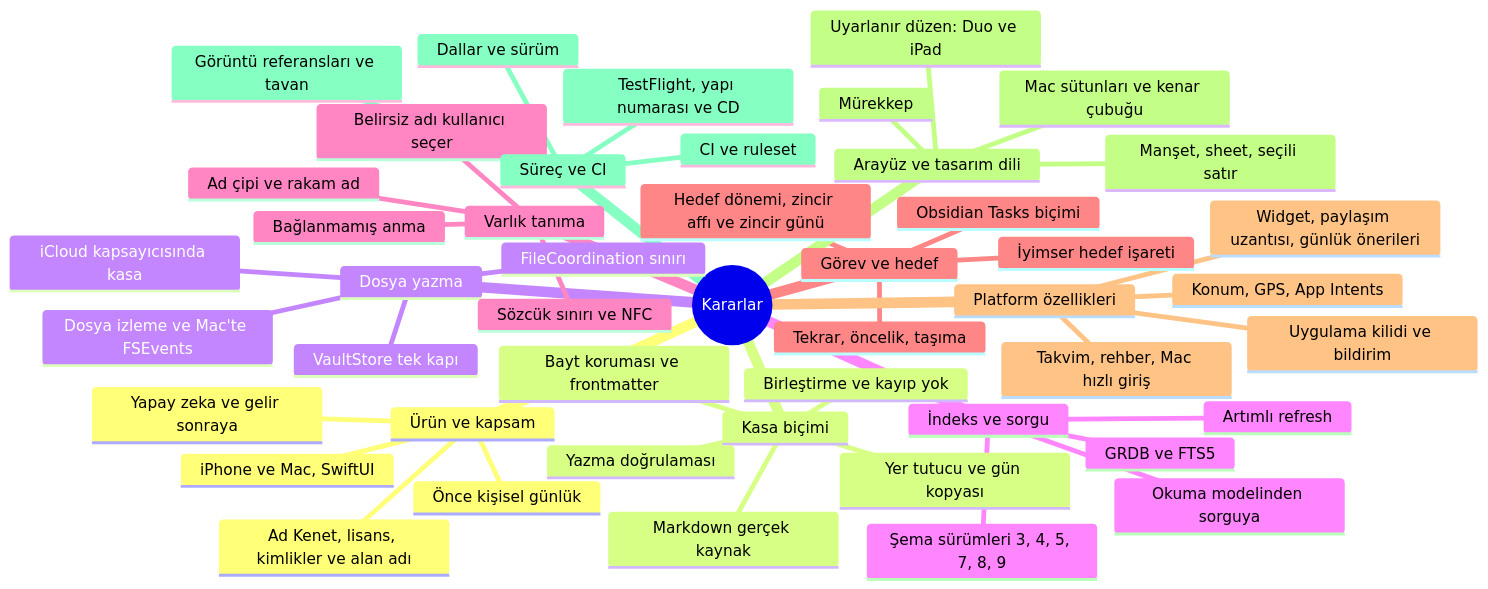
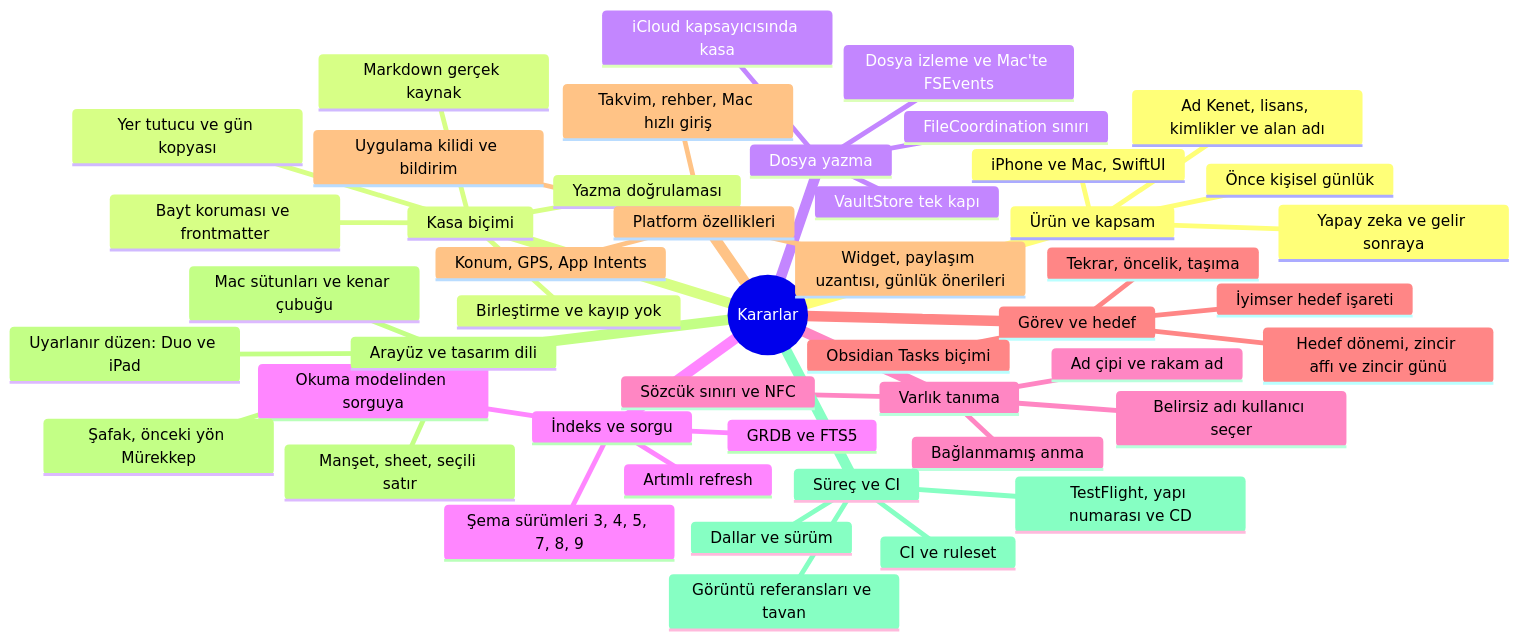
One commit to dogancanyildiz/kenet changed the second of 3 diagrams in docs/decisions.md. Above: the diagram before and after it, drawn with Mermaid. The commit also changed other lines of this file and 3 other files, not shown here.

````diff
--- a/docs/decisions.md
+++ b/docs/decisions.md
@@ -29,50 +29,50 @@
 ```mermaid
 mindmap
   root((Kararlar))
     Ürün ve kapsam
       Önce kişisel günlük
       iPhone ve Mac, SwiftUI
       Ad Kenet, lisans, kimlikler ve alan adı
       Yapay zeka ve gelir sonraya
     Kasa biçimi
       Markdown gerçek kaynak
       Bayt koruması ve frontmatter
       Yazma doğrulaması
       Birleştirme ve kayıp yok
       Yer tutucu ve gün kopyası
     Dosya yazma
       VaultStore tek kapı
       FileCoordination sınırı
       Dosya izleme ve Mac'te FSEvents
       iCloud kapsayıcısında kasa
     İndeks ve sorgu
       GRDB ve FTS5
       Artımlı refresh
       Şema sürümleri 3, 4, 5, 7, 8, 9
       Okuma modelinden sorguya
     Varlık tanıma
       Sözcük sınırı ve NFC
       Belirsiz adı kullanıcı seçer
       Ad çipi ve rakam ad
       Bağlanmamış anma
     Görev ve hedef
       Obsidian Tasks biçimi
       Tekrar, öncelik, taşıma
       Hedef dönemi, zincir affı ve zincir günü
       İyimser hedef işareti
     Platform özellikleri
       Uygulama kilidi ve bildirim
       Konum, GPS, App Intents
       Takvim, rehber, Mac hızlı giriş
       Widget, paylaşım uzantısı, günlük önerileri
     Arayüz ve tasarım dili
-      Mürekkep
+      Şafak, önceki yön Mürekkep
       Manşet, sheet, seçili satır
       Mac sütunları ve kenar çubuğu
       Uyarlanır düzen: Duo ve iPad
     Süreç ve CI
       Dallar ve sürüm
       CI ve ruleset
       TestFlight, yapı numarası ve CD
       Görüntü referansları ve tavan
 ```
````
